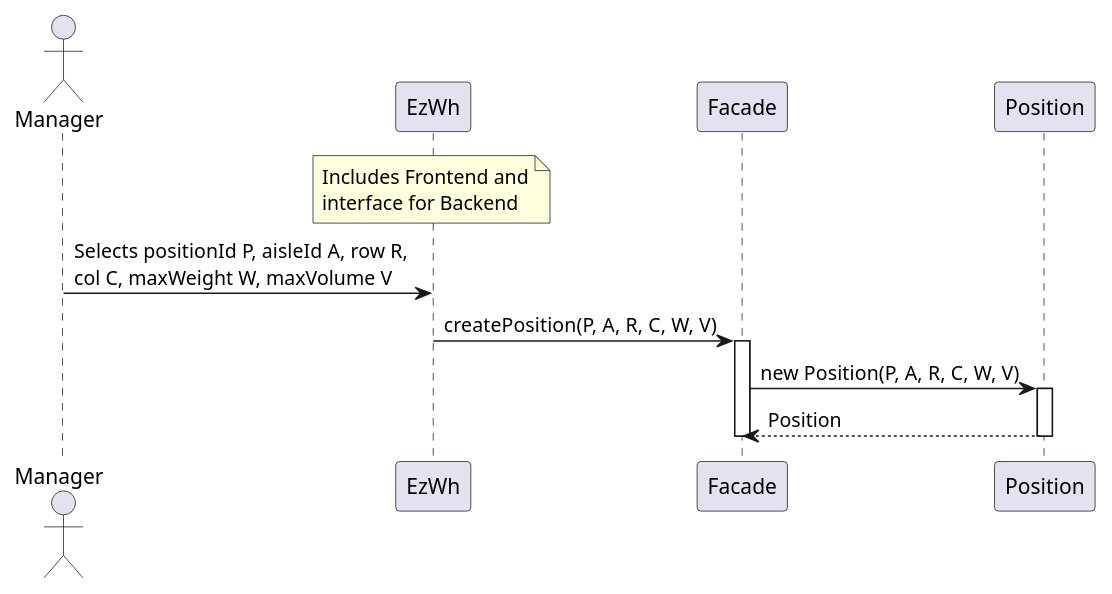
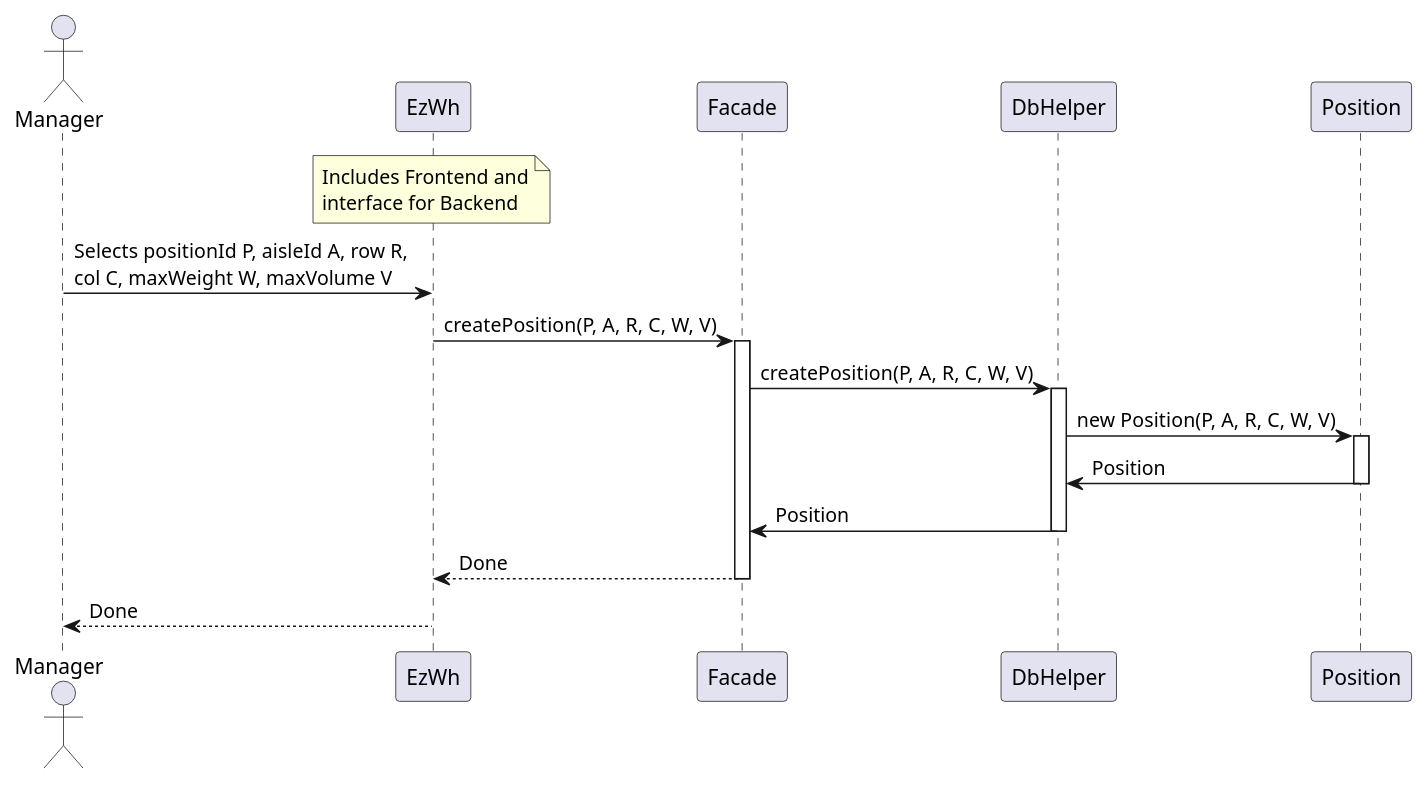
One commit to giuseppe-dandrea/EzWh changed the fifth of 13 diagrams in DesignDocument.md. Above: the diagram before and after it, drawn with PlantUML. The commit also changed other lines of this file and 1 other file, not shown here.

Commit message:
Modified Scenarios 1 and 2. Renamed EzWh to EzWhFacade. Updated verification traceability matrix. Changed return value of Facade constructors to void.

````diff
--- a/DesignDocument.md
+++ b/DesignDocument.md
@@ -601,16 +611,23 @@
 ```plantuml
 actor Manager
 participant EzWh
 note over EzWh: Includes Frontend and\ninterface for Backend
 participant Facade
+participant DbHelper
 participant Position
 
 Manager -> EzWh: Selects positionId P, aisleId A, row R,\ncol C, maxWeight W, maxVolume V
 EzWh -> Facade: createPosition(P, A, R, C, W, V)
 activate Facade
-Facade -> Position: new Position(P, A, R, C, W, V)
+Facade -> DbHelper: createPosition(P, A, R, C, W, V)
+activate DbHelper
+DbHelper-> Position: new Position(P, A, R, C, W, V)
 activate Position
-Position --> Facade: Position
+Position -> DbHelper: Position
 deactivate Position
+DbHelper->Facade: Position
+deactivate DbHelper
+Facade --> EzWh: Done
 deactivate Facade
+EzWh --> Manager : Done
 ```
````
